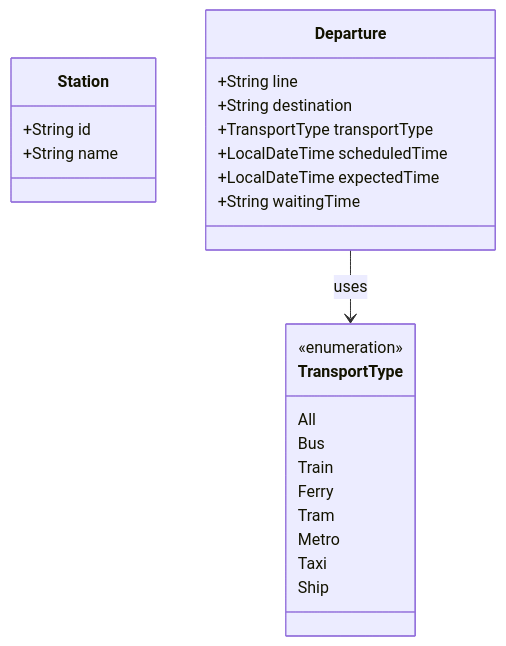
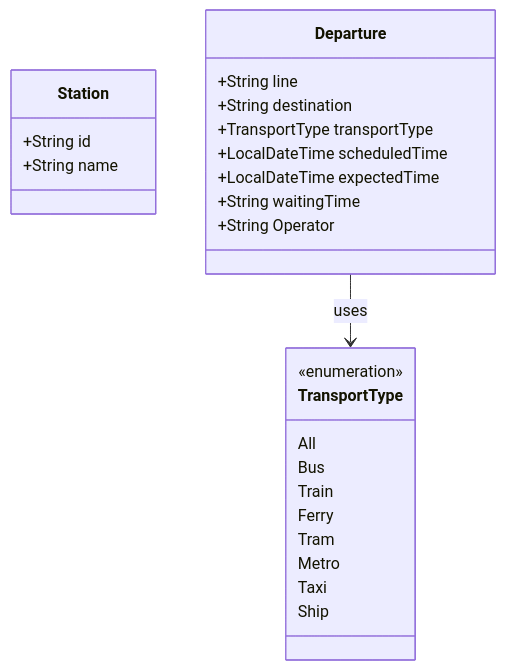
Before and after one commit to nicola-ferrarese/Tyrian-Timetable: the fourth of 6 diagrams in docs/docs/tutorial-basics/detailed_design.md, drawn with Mermaid. The commit also changed other lines of this file and 7 other files, not shown here.

````diff
--- a/docs/docs/tutorial-basics/detailed_design.md
+++ b/docs/docs/tutorial-basics/detailed_design.md
@@ -100,27 +137,28 @@
 ```mermaid
 classDiagram
     class Station {
         +String id
         +String name
     }
     class Departure {
         +String line
         +String destination
         +TransportType transportType
         +LocalDateTime scheduledTime
         +LocalDateTime expectedTime
         +String waitingTime
+        +String Operator
     }
     class TransportType {
         <<enumeration>>
         All
         Bus
         Train
         Ferry
         Tram
         Metro
         Taxi
         Ship
     }
     Departure --> TransportType : uses
 ```
````
